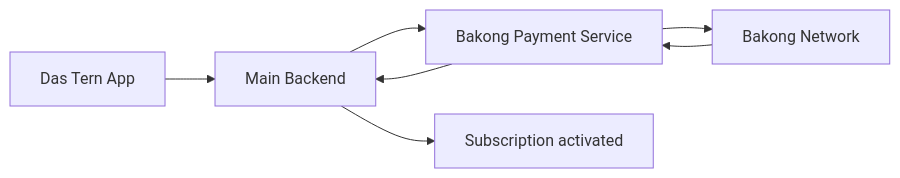
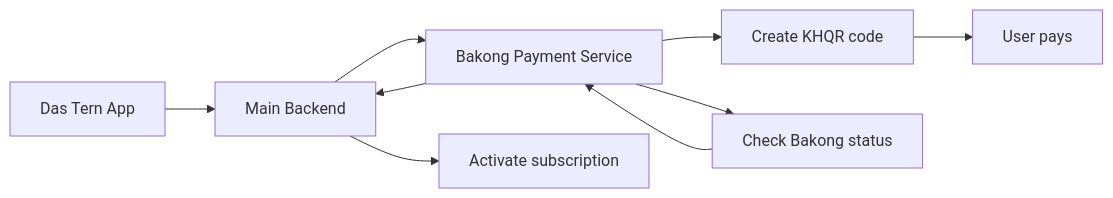
The diagram in docs/architectures/bakong-payment.md (Choeng-Rayu/das-tern), drawn with Mermaid before and after one commit. The commit also changed other lines of this file and 11 other files, not shown here.

Commit message:
add add docs for architecture

````diff
--- a/docs/architectures/bakong-payment.md
+++ b/docs/architectures/bakong-payment.md
@@ -5,9 +3,11 @@
 ```mermaid
 flowchart LR
-    A[Das Tern App] --> B[Main Backend]
-    B --> C[Bakong Payment Service]
-    C --> D[Bakong Network]
-    D --> C
-    C --> B
-    B --> E[Subscription activated]
+    APP[Das Tern App] --> BE[Main Backend]
+    BE --> PAY[Bakong Payment Service]
+    PAY --> QR[Create KHQR code]
+    QR --> USER[User pays]
+    PAY --> BAKONG[Check Bakong status]
+    BAKONG --> PAY
+    PAY --> BE
+    BE --> SUB[Activate subscription]
 ```
````
